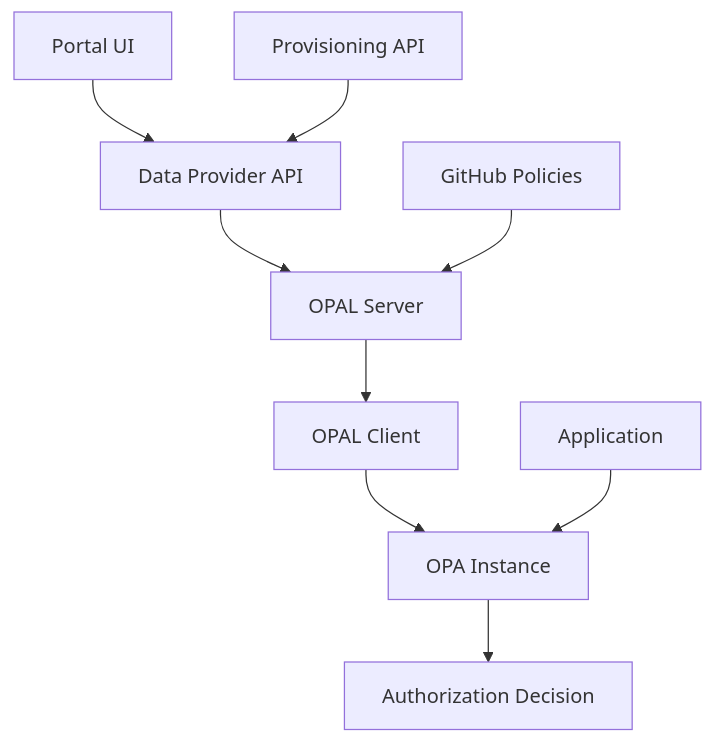
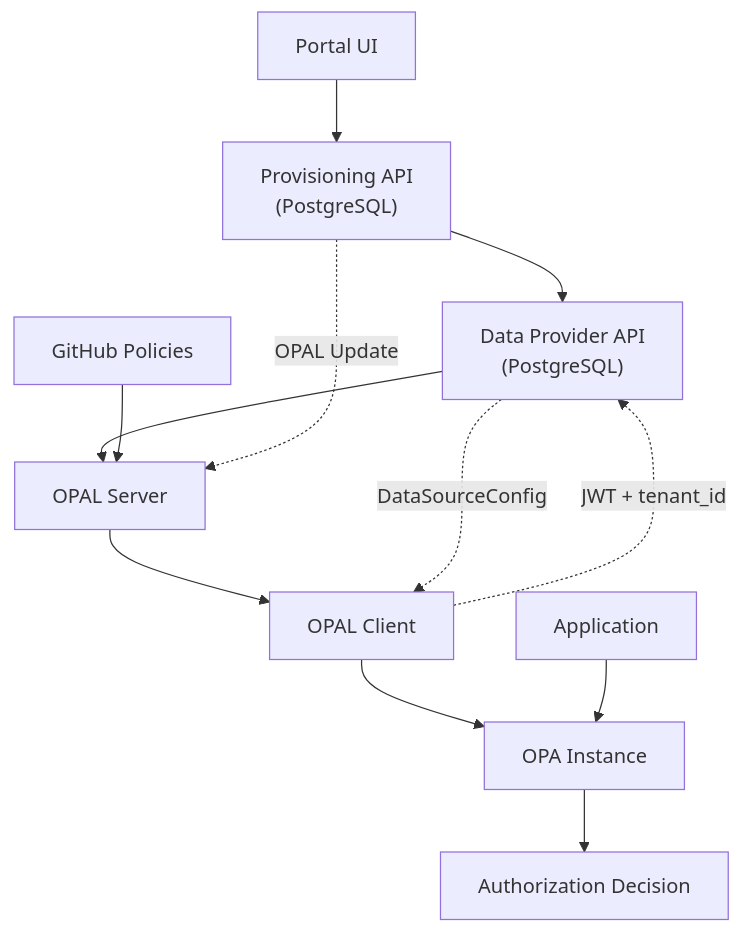
The diagram in README.md (plduser/opa-zero-poll), drawn with Mermaid before and after one commit. The commit also changed other lines of this file and 1 other file, not shown here.

Commit message:
docs: Refaktoryzacja dokumentacji - usunięcie HTTP 307 redirects i emotek. README.md: kompletna przebudowa z Quick Start. docs/ARCHITECTURE.md: poprawiony tenant isolation (single topic + hierarchiczny dst_path). Dokumentacja spójna z implementacją.

````diff
--- a/README.md
+++ b/README.md
@@ -58,13 +83,16 @@
 ```mermaid
 graph TD
-    A["Portal UI"] --> B["Data Provider API"]
-    B --> C["OPAL Server"]
-    C --> D["OPAL Client"]
-    D --> E["OPA Instance"]
+    A["Portal UI"] --> B["Provisioning API<br/>(PostgreSQL)"]
+    B --> C["Data Provider API<br/>(PostgreSQL)"]
+    C --> D["OPAL Server"]
+    D --> E["OPAL Client"]
+    E --> F["OPA Instance"]
     
-    F["Provisioning API"] --> B
-    G["GitHub Policies"] --> C
+    G["GitHub Policies"] --> D
+    H["Application"] --> F
+    F --> I["Authorization Decision"]
     
-    H["Application"] --> E
-    E --> I["Authorization Decision"]
+    B -.->|"OPAL Update"| D
+    E -.->|"JWT + tenant_id"| C
+    C -.->|"DataSourceConfig"| E
 ```
````
